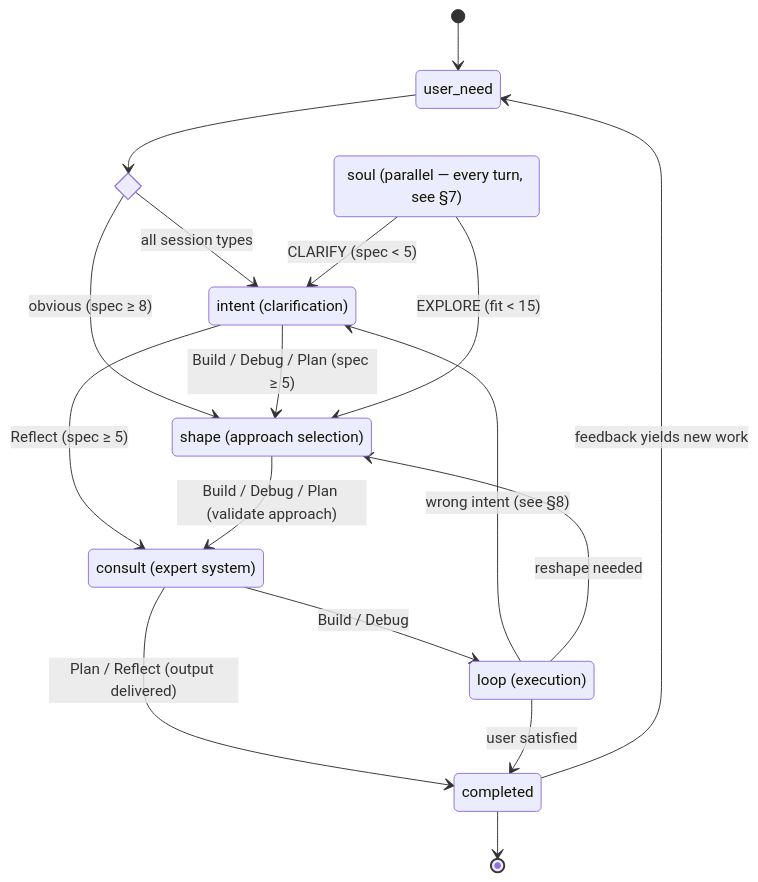
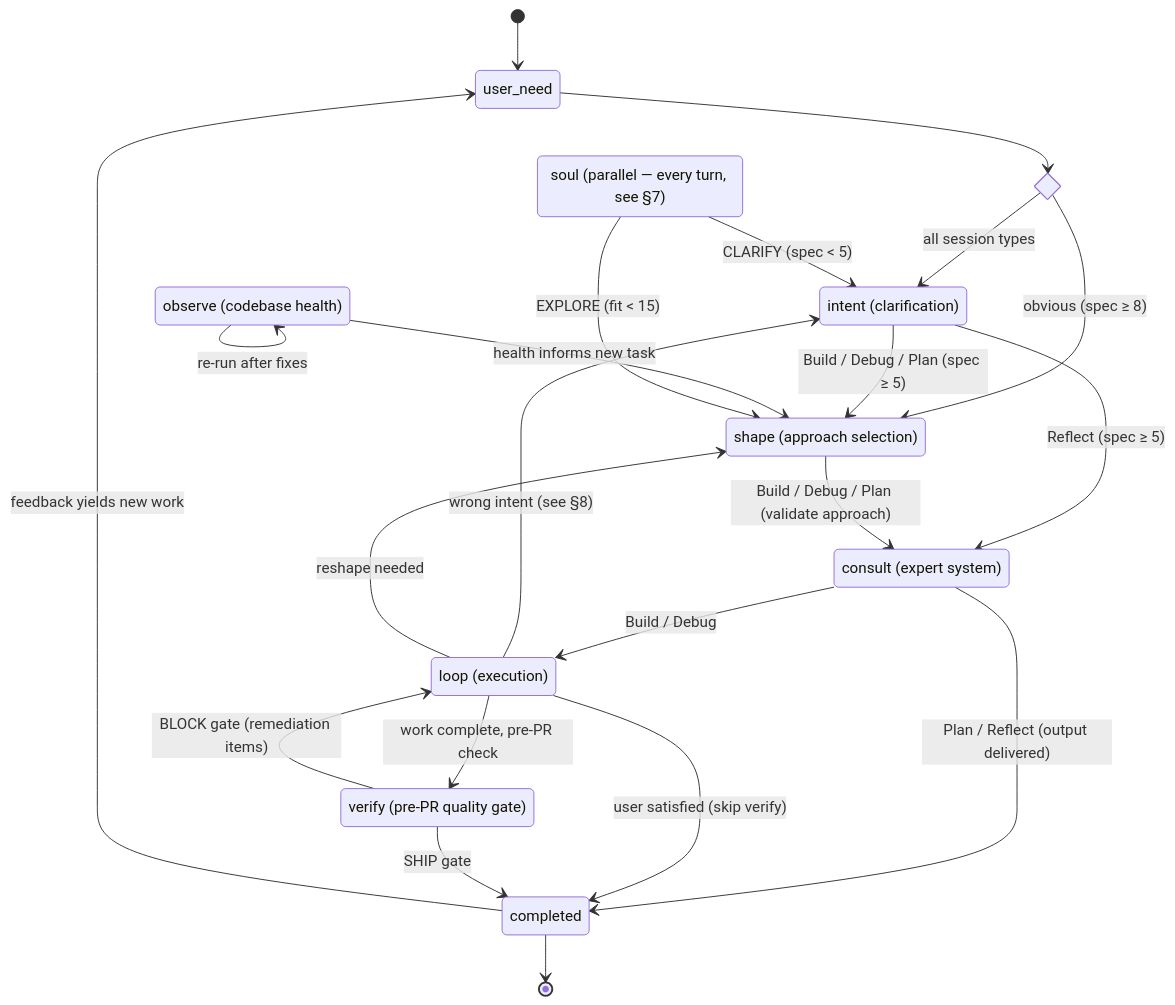
The first of 10 diagrams in docs/statechart.md (saadshahd/moo.md), drawn with Mermaid before and after one commit. The commit also changed other lines of this file and 8 other files, not shown here.

First line of the commit message:
release(hope@3.10.0): verify + observe skills — parallel pre-PR verification, codebase health assessment

````diff
--- a/docs/statechart.md
+++ b/docs/statechart.md
@@ -11,34 +11,42 @@
 ```mermaid
 stateDiagram-v2
   [*] --> user_need
 
   state "soul (parallel — every turn, see §7)" as soul
 
   state route <<choice>>
   user_need --> route
 
   state "intent (clarification)" as intent
   state "shape (approach selection)" as shape
   state "loop (execution)" as loop
+  state "verify (pre-PR quality gate)" as verify
+  state "observe (codebase health)" as observe
   state "consult (expert system)" as consult
 
   route --> intent : all session types
   route --> shape : obvious (spec ≥ 8)
 
   intent --> shape : Build / Debug / Plan (spec ≥ 5)
   intent --> consult : Reflect (spec ≥ 5)
 
   shape --> consult : Build / Debug / Plan (validate approach)
   consult --> loop : Build / Debug
   consult --> completed : Plan / Reflect (output delivered)
 
-  loop --> completed : user satisfied
+  loop --> verify : work complete, pre-PR check
+  loop --> completed : user satisfied (skip verify)
+  verify --> completed : SHIP gate
+  verify --> loop : BLOCK gate (remediation items)
   completed --> [*]
   completed --> user_need : feedback yields new work
+
+  observe --> observe : re-run after fixes
+  observe --> shape : health informs new task
 
   soul --> intent : CLARIFY (spec < 5)
   soul --> shape : EXPLORE (fit < 15)
 
   loop --> intent : wrong intent (see §8)
   loop --> shape : reshape needed
 ```
````
